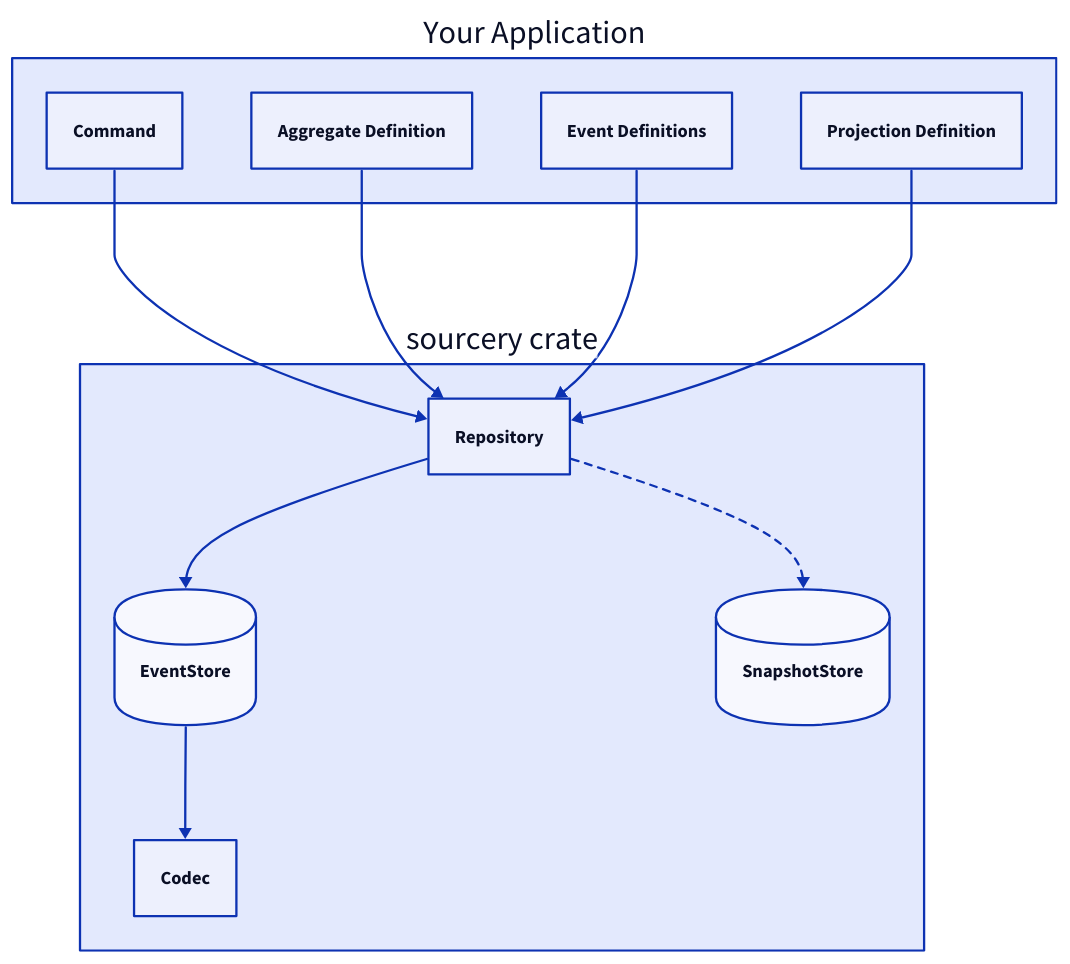
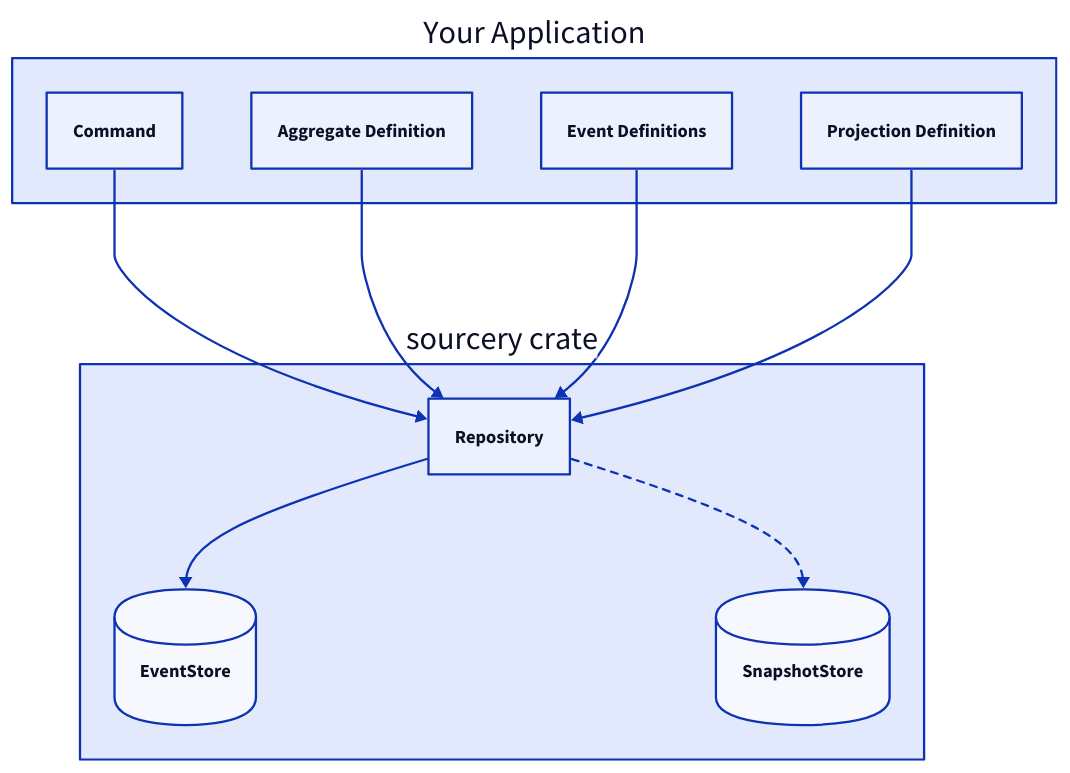
The first of 3 diagrams in docs/src/concepts/architecture.md (danieleades/sourcery), drawn with D2 before and after one commit. The commit also changed other lines of this file and 55 other files, not shown here.

````diff
--- a/docs/src/concepts/architecture.md
+++ b/docs/src/concepts/architecture.md
@@ -7,24 +7,22 @@
 ```d2
 App: "Your Application" {
   Command
   Aggregate Definition
   Event Definitions
   Projection Definition
 }
 
 Crate: "sourcery crate" {
   Repository
   EventStore {shape: cylinder}
   SnapshotStore {shape: cylinder}
-  Codec
 
   Repository -> EventStore
   Repository -> SnapshotStore: {style.stroke-dash: 3}
-  EventStore -> Codec
 }
 
 App.Command -> Crate.Repository
 App.Aggregate Definition -> Crate.Repository
 App.Event Definitions -> Crate.Repository
 App.Projection Definition -> Crate.Repository
 ```
````
